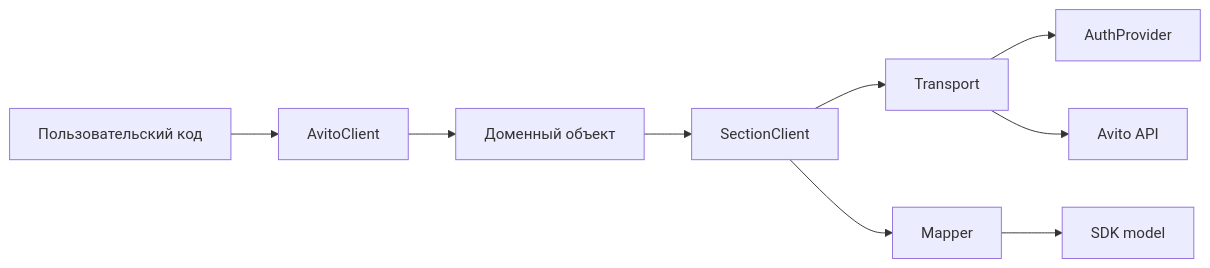
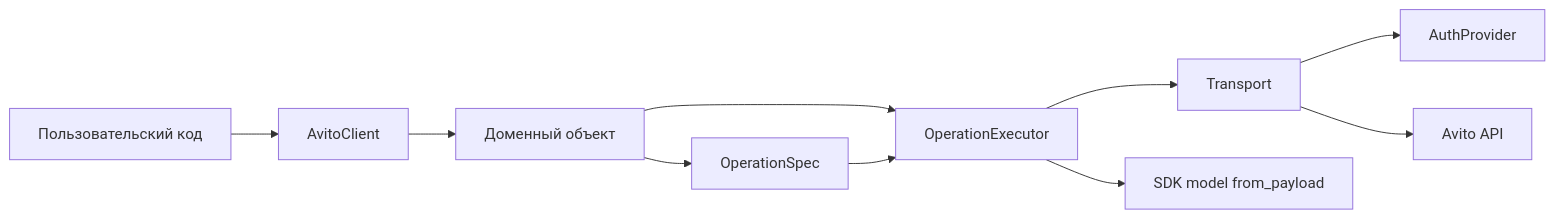
One commit to p141592/avito_python_api changed the diagram in docs/site/explanations/architecture.md. Above: the diagram before and after it, drawn with Mermaid. The commit also changed other lines of this file and 13 other files, not shown here.

````diff
--- a/docs/site/explanations/architecture.md
+++ b/docs/site/explanations/architecture.md
@@ -5,11 +10,12 @@
 ```mermaid
 flowchart LR
     user[Пользовательский код] --> facade[AvitoClient]
     facade --> domain[Доменный объект]
-    domain --> section[SectionClient]
-    section --> transport[Transport]
+    domain --> spec[OperationSpec]
+    domain --> executor[OperationExecutor]
+    spec --> executor
+    executor --> transport[Transport]
     transport --> auth[AuthProvider]
     transport --> api[Avito API]
-    section --> mapper[Mapper]
-    mapper --> model[SDK model]
+    executor --> model[SDK model from_payload]
 ```
````
